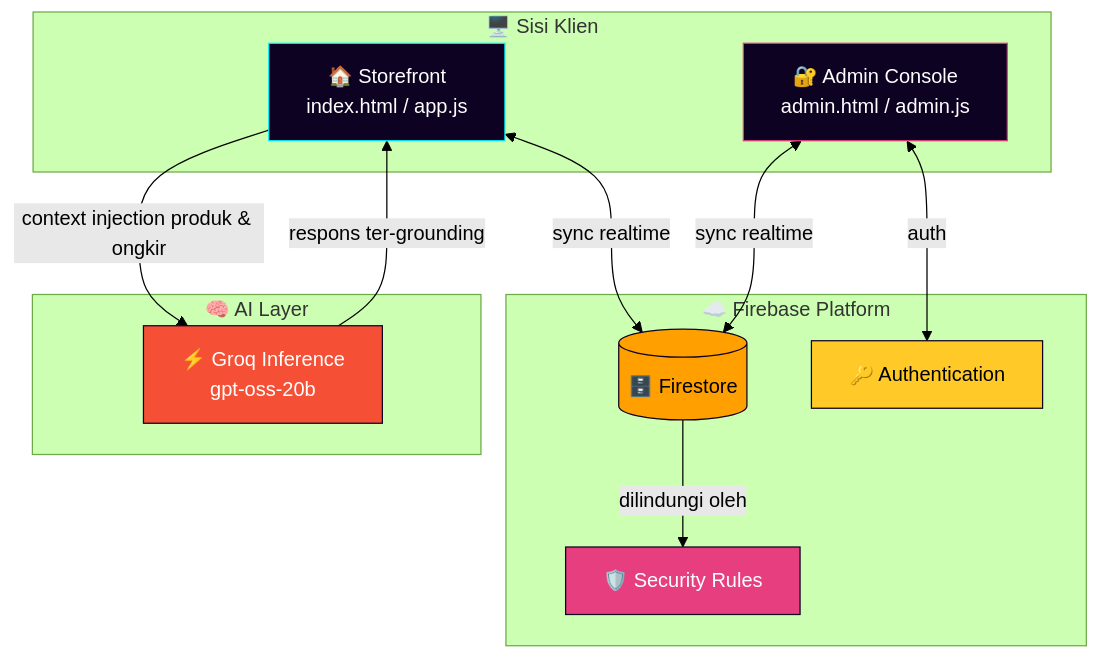
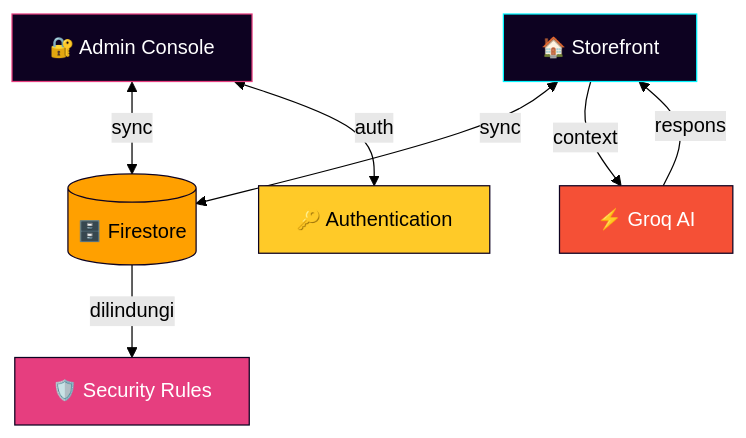
The second of 2 diagrams in README.md (riksan762-creator/Riksan-Dropshiper), drawn with Mermaid (forest theme) before and after one commit. The commit also changed other lines of this file, not shown here.

````diff
--- a/README.md
+++ b/README.md
@@ -202,31 +122,16 @@
 ```mermaid
 graph TB
-    subgraph Client["🖥️ Sisi Klien"]
-        A[🏠 Storefront<br/>index.html / app.js]
-        B[🔐 Admin Console<br/>admin.html / admin.js]
-    end
-
-    subgraph Firebase["☁️ Firebase Platform"]
-        C[(🗄️ Firestore)]
-        D[🔑 Authentication]
-        E[🛡️ Security Rules]
-    end
-
-    subgraph AI["🧠 AI Layer"]
-        F[⚡ Groq Inference<br/>gpt-oss-20b]
-    end
-
-    A <--sync realtime--> C
-    B <--sync realtime--> C
-    B <--auth--> D
-    C --dilindungi oleh--> E
-    A --context injection produk & ongkir--> F
-    F --respons ter-grounding--> A
+    A[🏠 Storefront] <--sync--> C[(🗄️ Firestore)]
+    B[🔐 Admin Console] <--sync--> C
+    B <--auth--> D[🔑 Authentication]
+    C --dilindungi--> E[🛡️ Security Rules]
+    A --context--> F[⚡ Groq AI]
+    F --respons--> A
 
     style A fill:#0D0221,stroke:#00F5FF,color:#fff
     style B fill:#0D0221,stroke:#E63E7F,color:#fff
     style C fill:#FFA000,stroke:#0D0221,color:#000
     style D fill:#FFCA28,stroke:#0D0221,color:#000
     style E fill:#E63E7F,stroke:#0D0221,color:#fff
     style F fill:#F55036,stroke:#0D0221,color:#fff
 ```
````
